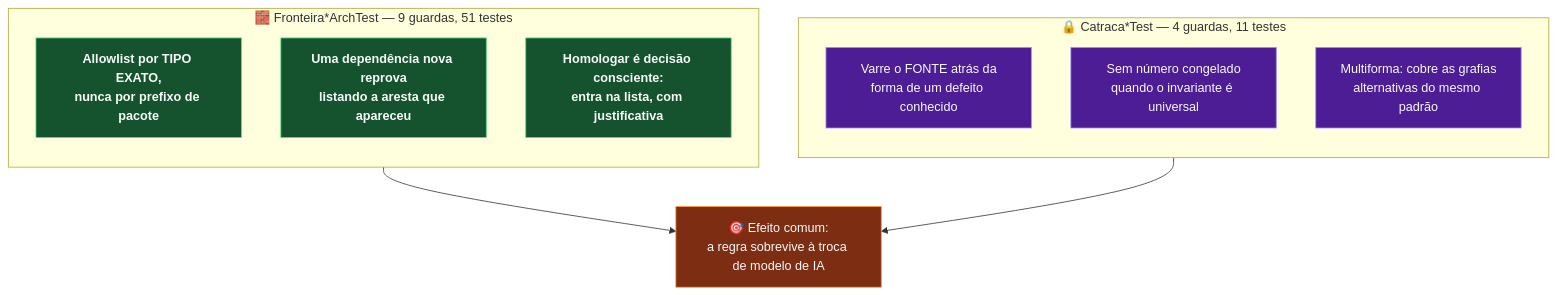
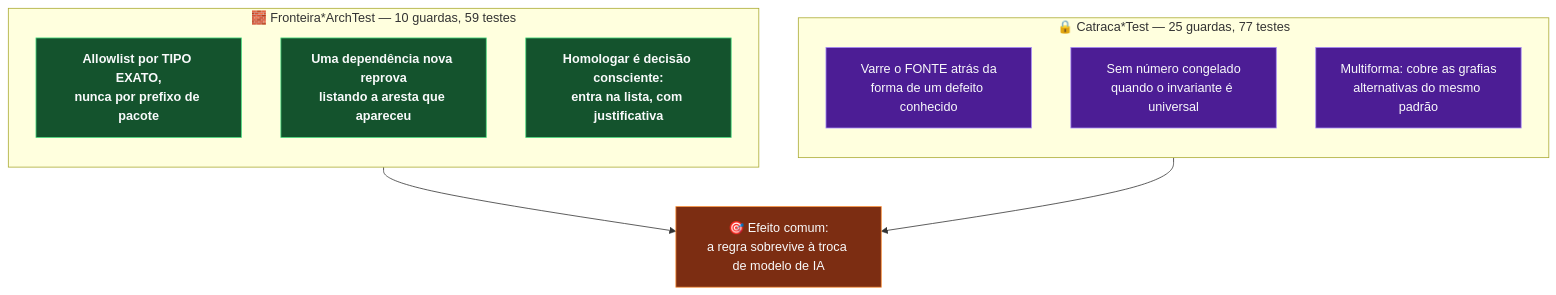
Before and after one commit to carmipa/traducao_animes_llm_local_quarkus-1: the second of 2 diagrams in docs/catracas-e-fronteiras.md, drawn with Mermaid. The commit also changed other lines of this file and 35 other files, not shown here.

````diff
--- a/docs/catracas-e-fronteiras.md
+++ b/docs/catracas-e-fronteiras.md
@@ -48,26 +48,26 @@
 ```mermaid
 graph TB
-    subgraph A["🧱 Fronteira*ArchTest — 9 guardas, 51 testes"]
+    subgraph A["🧱 Fronteira*ArchTest — 10 guardas, 59 testes"]
         direction TB
         A1["Allowlist por TIPO EXATO,<br/>nunca por prefixo de pacote"]
         A2["Uma dependência nova reprova<br/>listando a aresta que apareceu"]
         A3["Homologar é decisão consciente:<br/>entra na lista, com justificativa"]
     end
 
-    subgraph B["🔒 Catraca*Test — 4 guardas, 11 testes"]
+    subgraph B["🔒 Catraca*Test — 25 guardas, 77 testes"]
         direction TB
         B1["Varre o FONTE atrás da<br/>forma de um defeito conhecido"]
         B2["Sem número congelado<br/>quando o invariante é universal"]
         B3["Multiforma: cobre as grafias<br/>alternativas do mesmo padrão"]
     end
 
     A --> C["🎯 Efeito comum:<br/>a regra sobrevive à troca de modelo de IA"]
     B --> C
 
     classDef fa fill:#14532d,stroke:#4ADE80,color:#F9FAFB
     classDef fb fill:#4c1d95,stroke:#A78BFA,color:#F9FAFB
     classDef fc fill:#7c2d12,stroke:#FB923C,color:#F9FAFB
     class A1,A2,A3 fa
     class B1,B2,B3 fb
     class C fc
 ```
````
